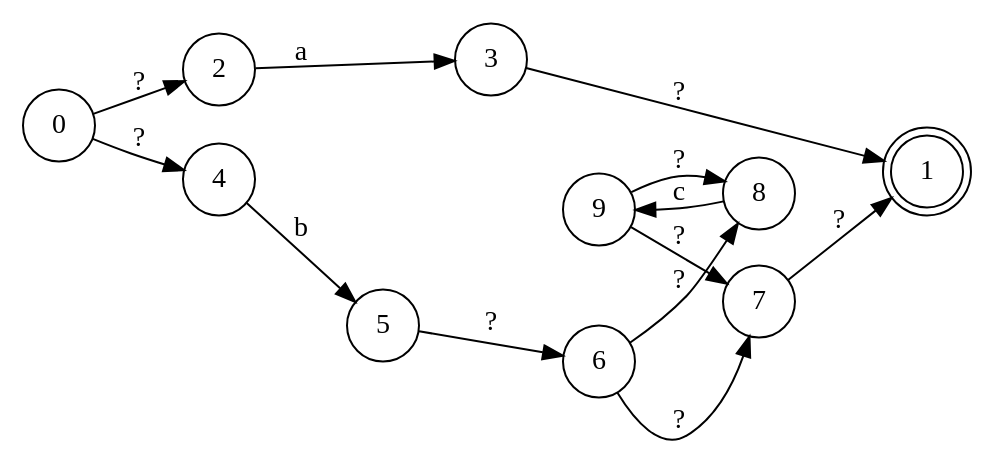
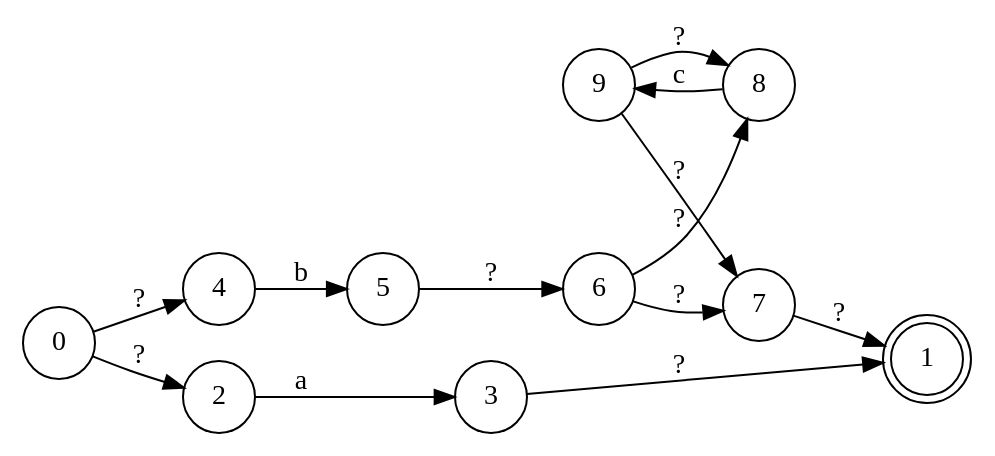
One commit to Yanis540/M2 changed the diagram in ndfa.dot. Above: the diagram before and after it, drawn with Graphviz. The commit also changed other lines of this file and 4 other files, not shown here.

```diff
--- a/ndfa.dot
+++ b/ndfa.dot
@@ -1,17 +1,17 @@
 digraph NDFA {
   rankdir=LR;
   node [shape = circle];
+  1 [shape = doublecircle];
+  7 -> 1 [label="?"];
+  9 -> 7 [label="?"];
+  9 -> 8 [label="?"];
+  8 -> 9 [label="c"];
   2 -> 3 [label="a"];
-  8 -> 9 [label="c"];
-  9 -> 8 [label="?"];
-  9 -> 7 [label="?"];
+  4 -> 5 [label="b"];
+  0 -> 2 [label="?"];
+  0 -> 4 [label="?"];
   3 -> 1 [label="?"];
   5 -> 6 [label="?"];
-  1 [shape = doublecircle];
-  0 -> 2 [label="?"];
-  0 -> 4 [label="?"];
-  4 -> 5 [label="b"];
+  6 -> 7 [label="?"];
   6 -> 8 [label="?"];
-  6 -> 7 [label="?"];
-  7 -> 1 [label="?"];
 }
```
